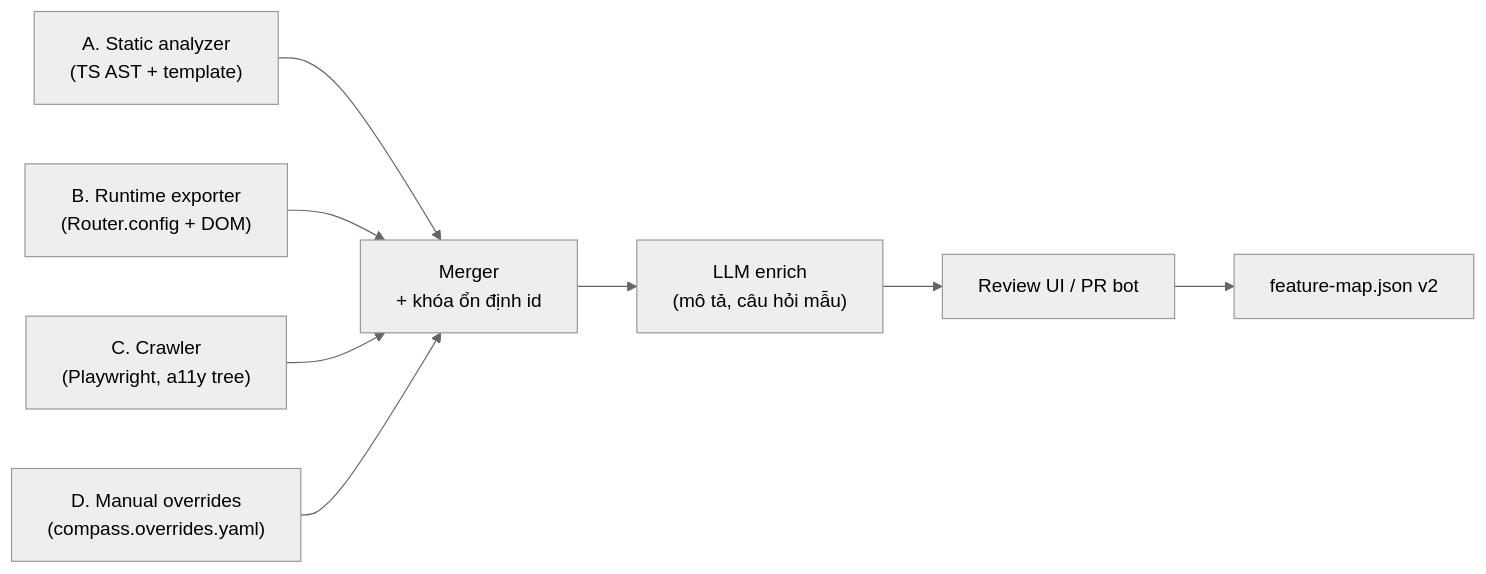
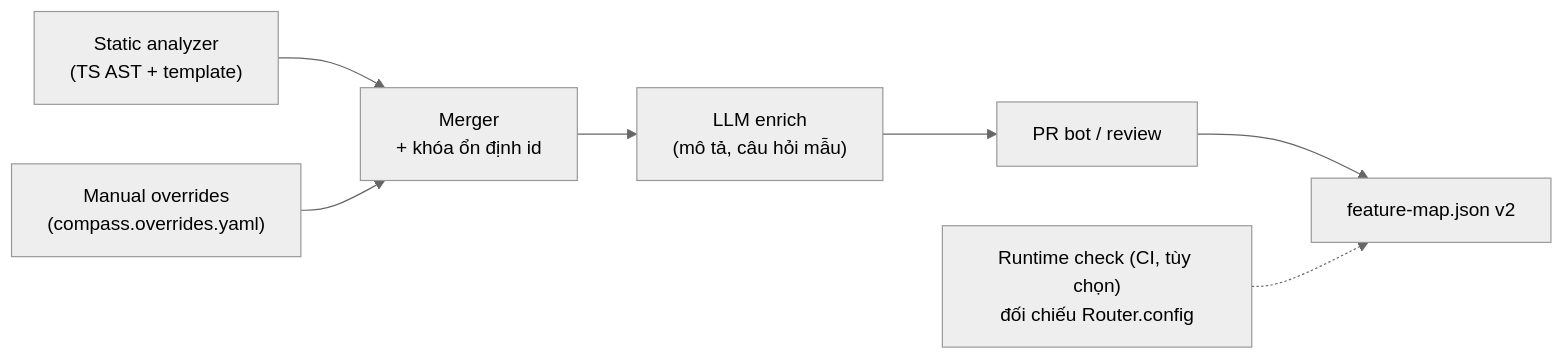
One commit to ngquangdat/wealthcompass changed the diagram in docs/universal-plan.md. Above: the diagram before and after it, drawn with Mermaid (neutral theme). The commit also changed other lines of this file and 1 other file, not shown here.

````diff
--- a/docs/universal-plan.md
+++ b/docs/universal-plan.md
@@ -114,10 +117,9 @@
 ```mermaid
 flowchart LR
-  A["A. Static analyzer<br/>(TS AST + template)"] --> M["Merger<br/>+ khóa ổn định id"]
-  B["B. Runtime exporter<br/>(Router.config + DOM)"] --> M
-  C["C. Crawler<br/>(Playwright, a11y tree)"] --> M
-  D["D. Manual overrides<br/>(compass.overrides.yaml)"] --> M
+  A["Static analyzer<br/>(TS AST + template)"] --> M["Merger<br/>+ khóa ổn định id"]
+  D["Manual overrides<br/>(compass.overrides.yaml)"] --> M
   M --> L["LLM enrich<br/>(mô tả, câu hỏi mẫu)"]
-  L --> R["Review UI / PR bot"]
+  L --> R["PR bot / review"]
   R --> FM["feature-map.json v2"]
+  X["Runtime check (CI, tùy chọn)<br/>đối chiếu Router.config"] -.-> FM
 ```
````
